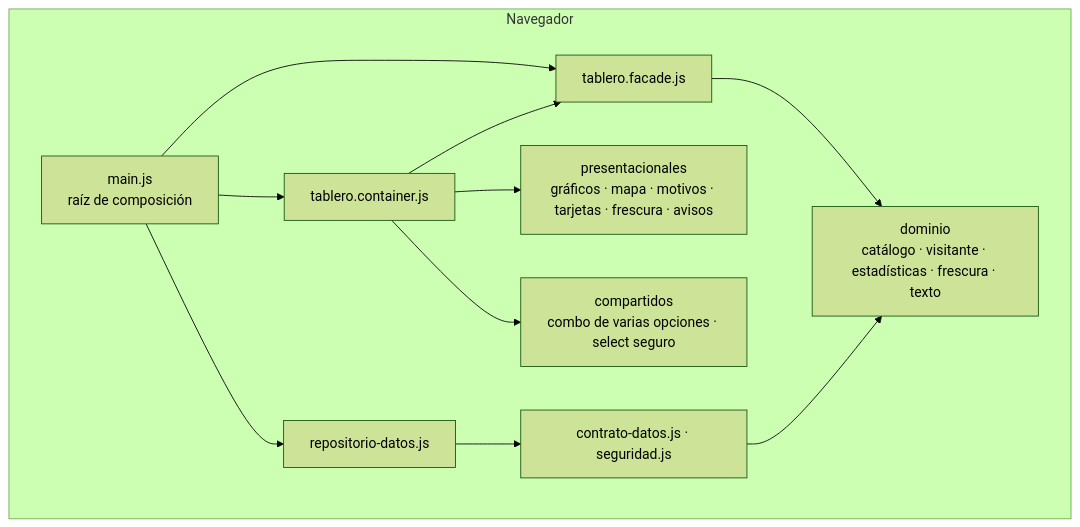
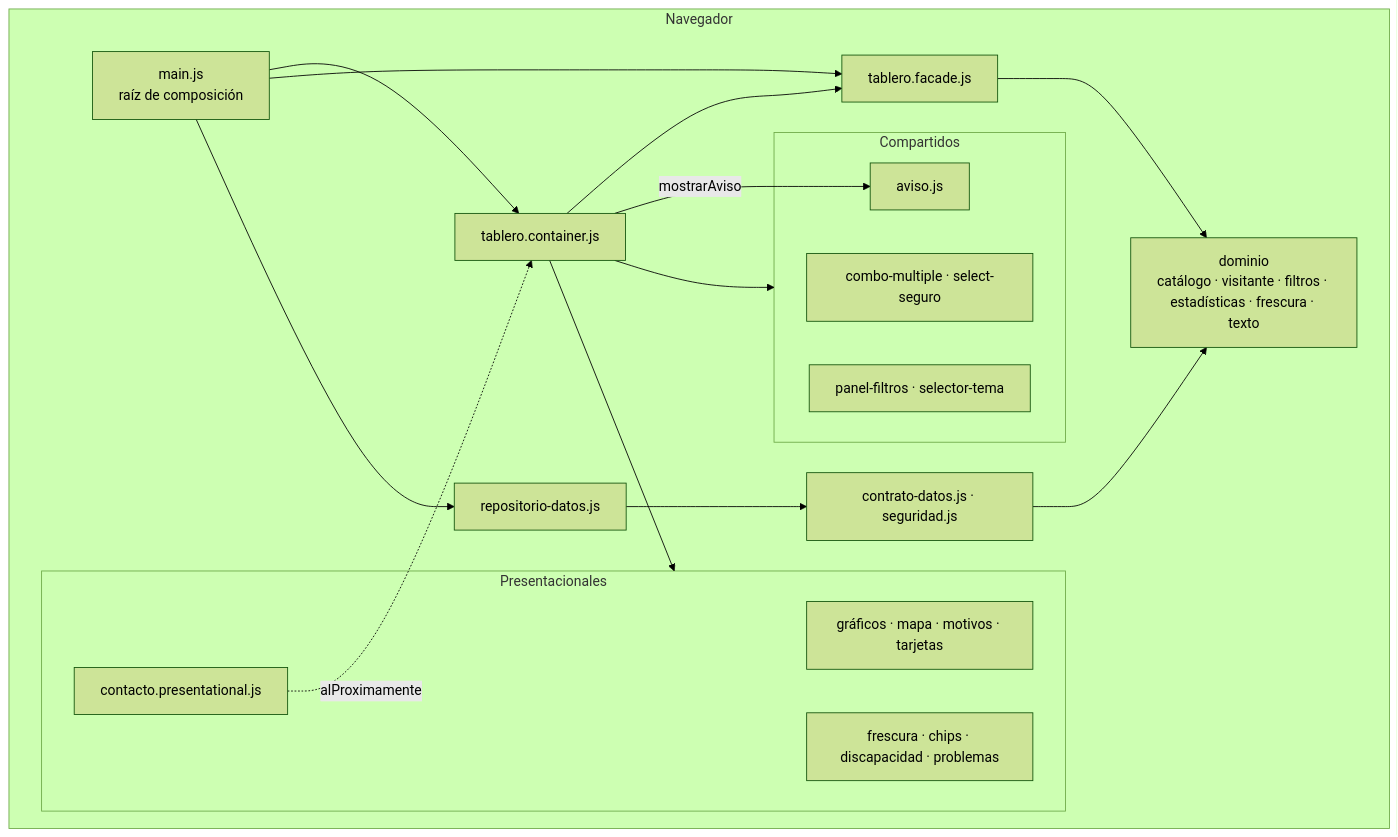
The first of 2 diagrams in docs/arquitectura.md (Alexis-VsCode/turismo-patate), drawn with Mermaid (forest theme) before and after one commit. The commit also changed other lines of this file and 33 other files, not shown here.

Commit message:
feat(ui): encabezado y pie profesionales, contacto del municipio con aviso de redes pendientes, publicación reforzada y documentación completa

````diff
--- a/docs/arquitectura.md
+++ b/docs/arquitectura.md
@@ -9,14 +9,26 @@
 ```mermaid
 flowchart TB
     subgraph Navegador
         M[main.js<br/>raíz de composición] --> C[tablero.container.js]
         M --> F[tablero.facade.js]
         M --> R[repositorio-datos.js]
         C --> F
-        C --> P[presentacionales<br/>gráficos · mapa · motivos · tarjetas · frescura · avisos]
-        C --> K[compartidos<br/>combo de varias opciones · select seguro]
-        F --> D[dominio<br/>catálogo · visitante · estadísticas · frescura · texto]
+        subgraph PRES[Presentacionales]
+            P1[gráficos · mapa · motivos · tarjetas]
+            P2[frescura · chips · discapacidad · problemas]
+            P3[contacto.presentational.js]
+        end
+        subgraph COMP[Compartidos]
+            K1[combo-multiple · select-seguro]
+            K2[panel-filtros · selector-tema]
+            K3[aviso.js]
+        end
+        C --> PRES
+        C --> COMP
+        P3 -. "alProximamente" .-> C
+        C -- "mostrarAviso" --> K3
+        F --> D[dominio<br/>catálogo · visitante · filtros · estadísticas · frescura · texto]
         R --> I[contrato-datos.js · seguridad.js]
         I --> D
     end
 ```
````
